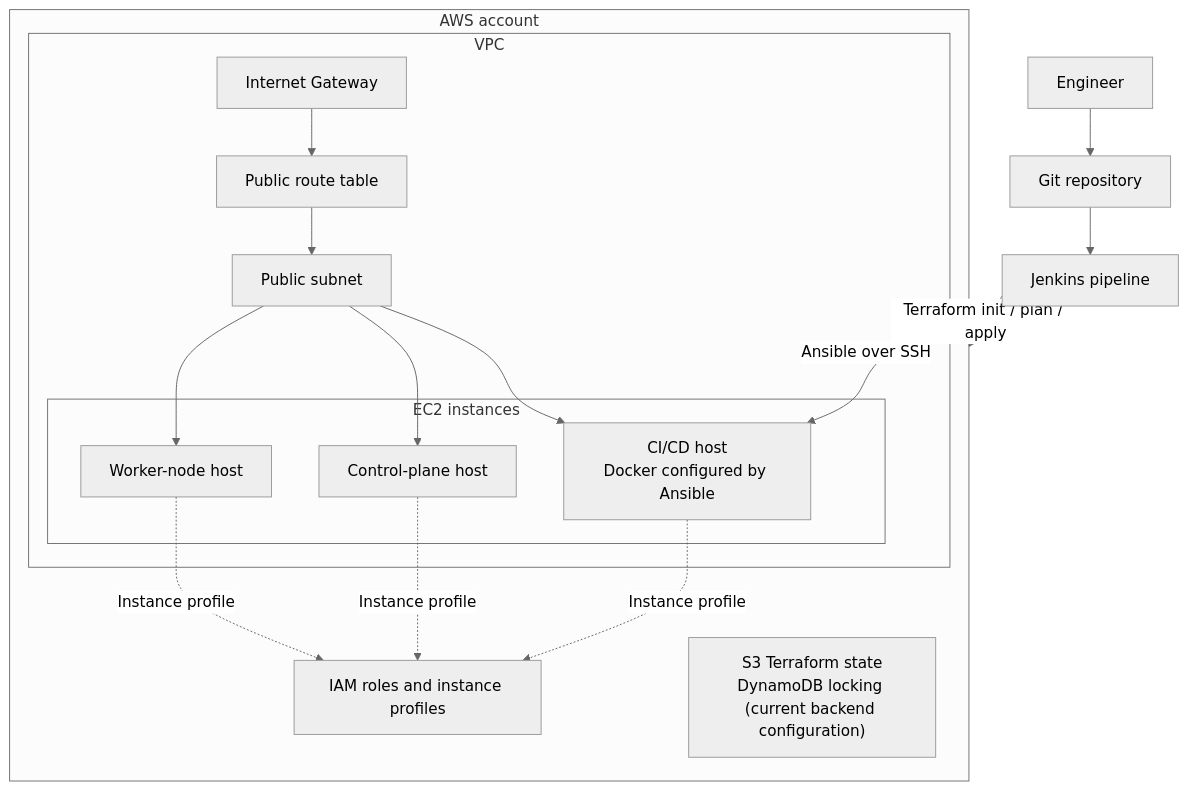
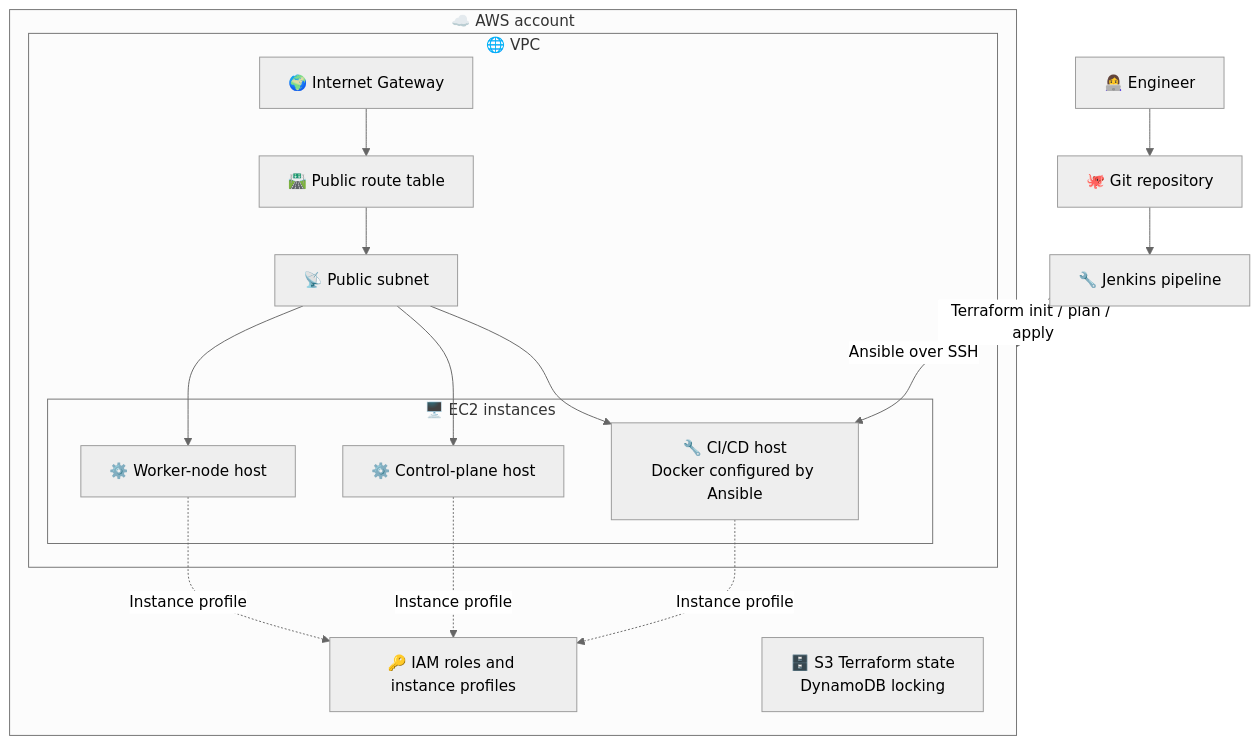
Before and after one commit to ronnie-cunanan/terraform-create-resources: the diagram in README.md, drawn with Mermaid (neutral theme). The commit also changed other lines of this file, not shown here.

````diff
--- a/README.md
+++ b/README.md
@@ -24,33 +59,33 @@
 ```mermaid
 flowchart TB
-    DEV["Engineer"] --> GIT["Git repository"]
-    GIT --> JENKINS["Jenkins pipeline"]
+    DEV["👩‍💻 Engineer"] --> GIT["🐙 Git repository"]
+    GIT --> JENKINS["🔧 Jenkins pipeline"]
 
-    subgraph AWS["AWS account"]
-      subgraph VPC["VPC"]
-        IGW["Internet Gateway"]
-        RT["Public route table"]
-        SUBNET["Public subnet"]
+    subgraph AWS["☁️ AWS account"]
+      subgraph VPC["🌐 VPC"]
+        IGW["🌍 Internet Gateway"]
+        RT["🛣️ Public route table"]
+        SUBNET["📡 Public subnet"]
         IGW --> RT --> SUBNET
 
-        subgraph EC2["EC2 instances"]
-          CICD["CI/CD host<br/>Docker configured by Ansible"]
-          CP["Control-plane host"]
-          WORKER["Worker-node host"]
+        subgraph HOSTS["🖥️ EC2 instances"]
+          CICD["🔧 CI/CD host<br/>Docker configured by Ansible"]
+          CP["⚙️ Control-plane host"]
+          WORKER["⚙️ Worker-node host"]
         end
 
         SUBNET --> CICD
         SUBNET --> CP
         SUBNET --> WORKER
       end
 
-      IAM["IAM roles and instance profiles"]
-      STATE["S3 Terraform state<br/>DynamoDB locking (current backend configuration)"]
+      IAM["🔑 IAM roles and instance profiles"]
+      STATE["🗄️ S3 Terraform state<br/>DynamoDB locking"]
       CICD -. "Instance profile" .-> IAM
       CP -. "Instance profile" .-> IAM
       WORKER -. "Instance profile" .-> IAM
     end
 
     JENKINS -->|"Terraform init / plan / apply"| AWS
     JENKINS -->|"Ansible over SSH"| CICD
 ```
````
